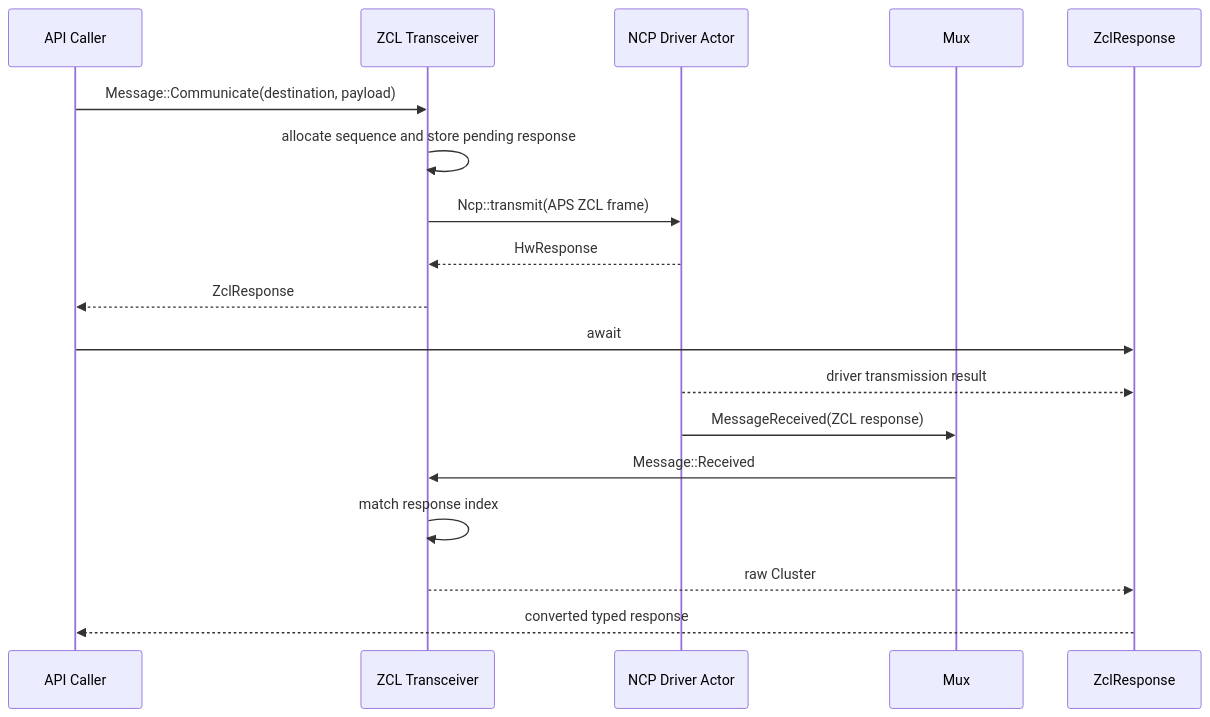
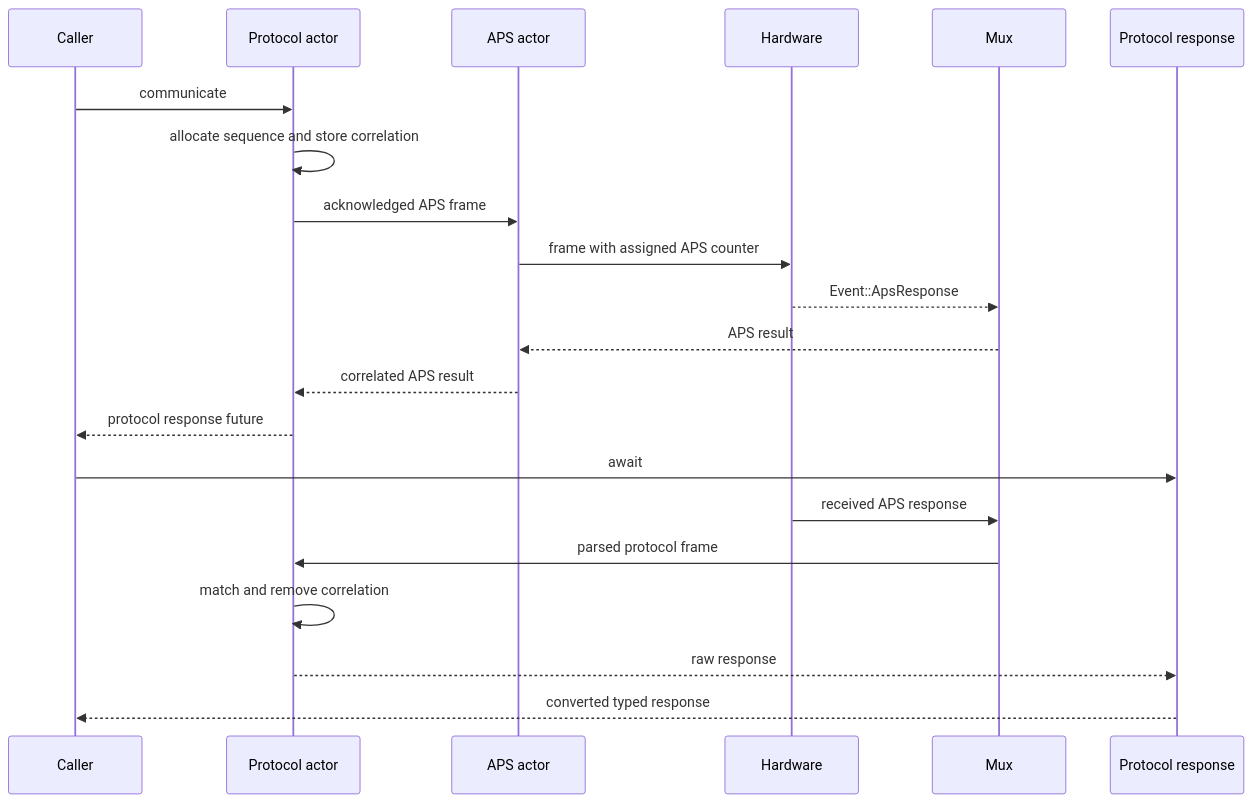
One commit to PaulmannLighting/apis-saltans changed the third of 4 diagrams in coordinator/ARCHITECTURE.md. Above: the diagram before and after it, drawn with Mermaid. The commit also changed other lines of this file and 37 other files, not shown here.

Commit message:
Implement APS transmission subsystem.

````diff
--- a/coordinator/ARCHITECTURE.md
+++ b/coordinator/ARCHITECTURE.md
@@ -250,21 +124,24 @@
 ```mermaid
 sequenceDiagram
-    participant API as API Caller
-    participant ZCL as ZCL Transceiver
-    participant HW as NCP Driver Actor
+    participant API as Caller
+    participant P as Protocol actor
+    participant A as APS actor
+    participant H as Hardware
     participant M as Mux
-    participant R as ZclResponse
+    participant R as Protocol response
 
-    API->>ZCL: Message::Communicate(destination, payload)
-    ZCL->>ZCL: allocate sequence and store pending response
-    ZCL->>HW: Ncp::transmit(APS ZCL frame)
-    HW-->>ZCL: HwResponse
-    ZCL-->>API: ZclResponse
+    API->>P: communicate
+    P->>P: allocate sequence and store correlation
+    P->>A: acknowledged APS frame
+    A->>H: frame with assigned APS counter
+    H-->>M: Event::ApsResponse
+    M-->>A: APS result
+    A-->>P: correlated APS result
+    P-->>API: protocol response future
     API->>R: await
-    HW-->>R: driver transmission result
-    HW->>M: MessageReceived(ZCL response)
-    M->>ZCL: Message::Received
-    ZCL->>ZCL: match response index
-    ZCL-->>R: raw Cluster
+    H->>M: received APS response
+    M->>P: parsed protocol frame
+    P->>P: match and remove correlation
+    P-->>R: raw response
     R-->>API: converted typed response
 ```
````
